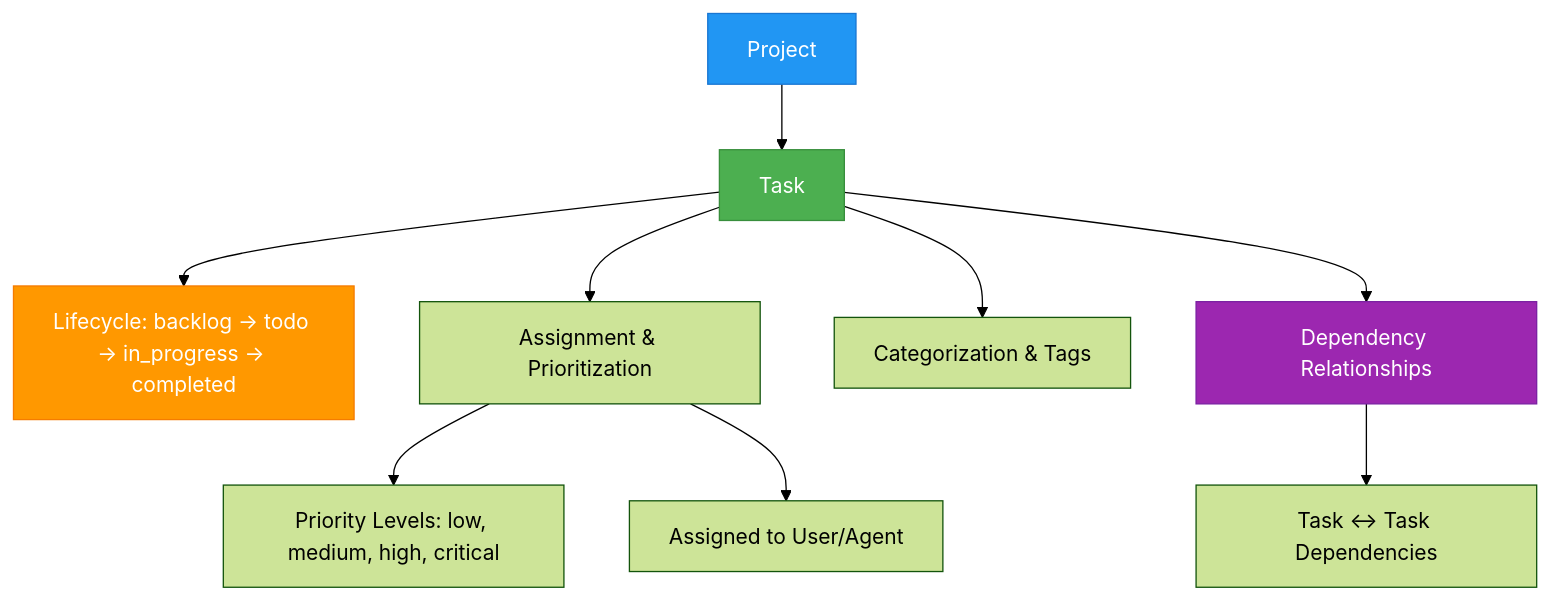
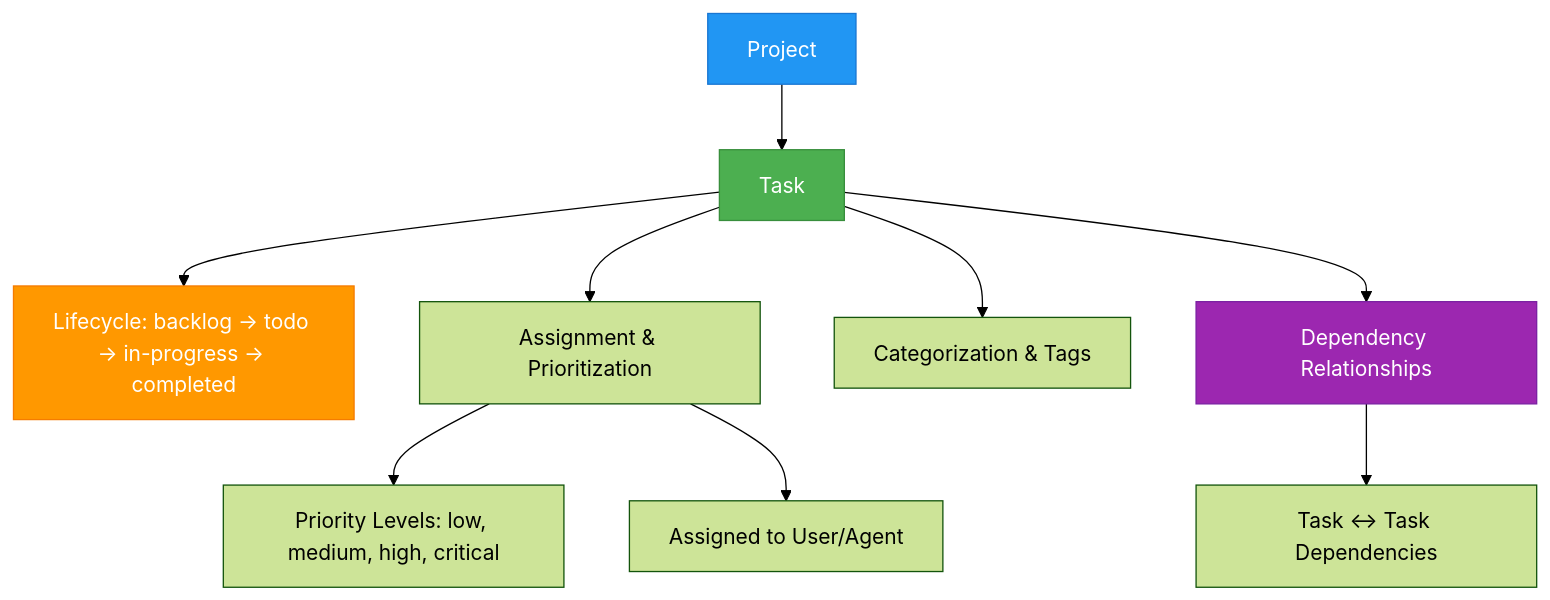
Before and after one commit to scotthamilton77/atlas-mcp-server: the second of 3 diagrams in README.md, drawn with Mermaid (forest theme). The commit also changed other lines of this file and 3 other files, not shown here.

````diff
--- a/README.md
+++ b/README.md
@@ -66,18 +66,18 @@
 ```mermaid
 graph TD
     Project[Project] --> Task[Task]
 
-    Task --> Lifecycle["Lifecycle: backlog → todo → in_progress → completed"]
+    Task --> Lifecycle["Lifecycle: backlog → todo → in-progress → completed"]
     Task --> Assignment["Assignment & Prioritization"]
     Task --> Categories["Categorization & Tags"]
     Task --> Dependencies["Dependency Relationships"]
 
     Assignment --> Priority["Priority Levels: low, medium, high, critical"]
     Assignment --> Assignee["Assigned to User/Agent"]
     Dependencies --> TaskDep["Task ↔ Task Dependencies"]
 
     style Task fill:#4CAF50,stroke:#388E3C,color:white
     style Project fill:#2196F3,stroke:#1976D2,color:white
     style Lifecycle fill:#FF9800,stroke:#F57C00,color:white
     style Dependencies fill:#9C27B0,stroke:#7B1FA2,color:white
 ```
````
